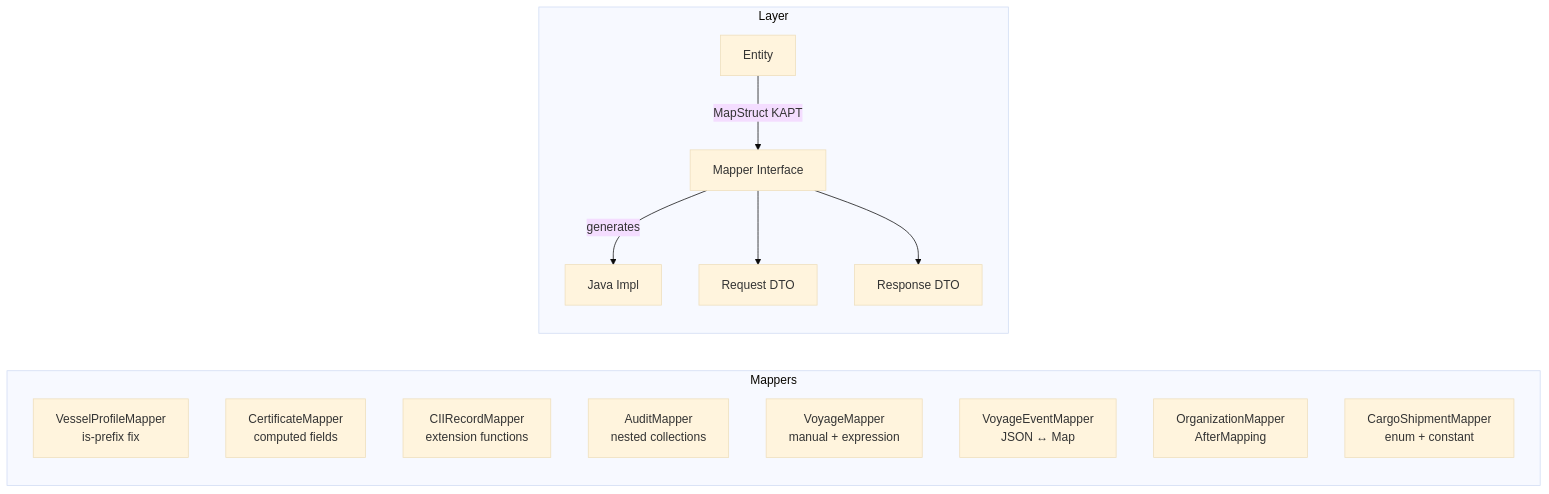
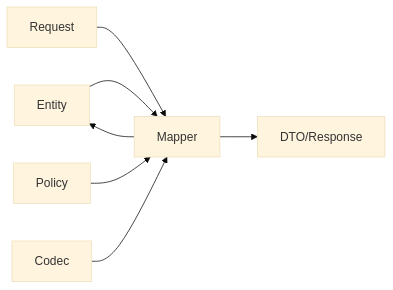
Before and after one commit to tiana-code/mapstruct-patterns: the diagram in README.md, drawn with Mermaid (base theme). The commit also changed other lines of this file and 11 other files, not shown here.

````diff
--- a/README.md
+++ b/README.md
@@ -9,20 +93,9 @@
 ```mermaid
 graph LR
-    subgraph Mappers
-        VP[VesselProfileMapper<br/>is-prefix fix]
-        CM[CertificateMapper<br/>computed fields]
-        CII[CIIRecordMapper<br/>extension functions]
-        AM[AuditMapper<br/>nested collections]
-        VM[VoyageMapper<br/>manual + expression]
-        VE[VoyageEventMapper<br/>JSON ↔ Map]
-        OM[OrganizationMapper<br/>AfterMapping]
-        CS[CargoShipmentMapper<br/>enum + constant]
-    end
-
-    subgraph Layer
-        E[Entity] -->|MapStruct KAPT| M[Mapper Interface]
-        M -->|generates| J[Java Impl]
-        M --> RQ[Request DTO]
-        M --> RS[Response DTO]
-    end
+    E[Entity] --> M[Mapper]
+    M --> D[DTO/Response]
+    R[Request] --> M
+    M --> E
+    P[Policy] --> M
+    C[Codec] --> M
 ```
````
